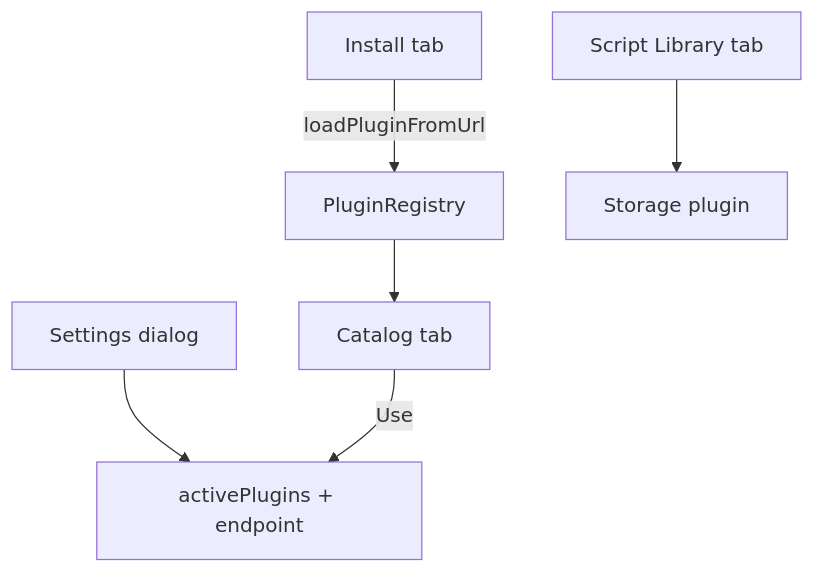
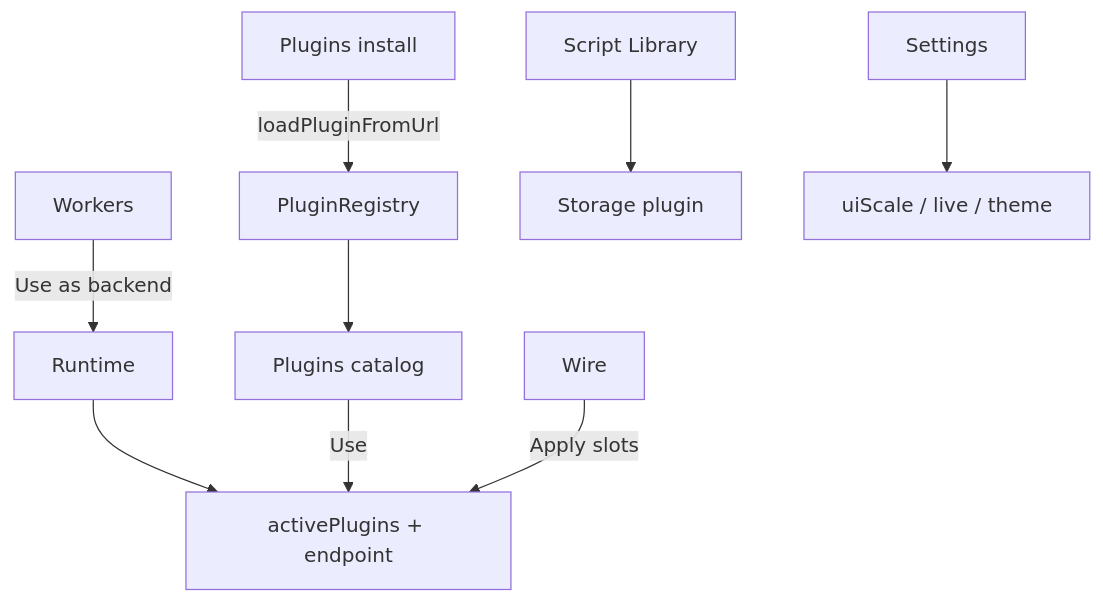
The diagram in docs/enduser/guides/manager-and-settings.mdx (hoox-sh/axis), drawn with Mermaid before and after one commit. The commit also changed other lines of this file and 36 other files, not shown here.

First line of the commit message:
feat(ui): full-page studio overlay for Runtime, Wire, and Settings

````diff
--- a/docs/enduser/guides/manager-and-settings.mdx
+++ b/docs/enduser/guides/manager-and-settings.mdx
@@ -41,13 +43,19 @@
 ```mermaid
 flowchart TB
   REG[PluginRegistry]
-  CAT[Catalog tab]
-  INS[Install tab]
-  LIB[Script Library tab]
-  SET[Settings dialog]
+  CAT[Plugins catalog]
+  INS[Plugins install]
+  LIB[Script Library]
+  RT[Runtime]
+  WRK[Workers]
+  SET[Settings]
+  WIRE[Wire]
   REG --> CAT
   INS -->|loadPluginFromUrl| REG
   LIB --> STO[Storage plugin]
-  SET --> AP[activePlugins + endpoint]
+  RT --> AP[activePlugins + endpoint]
+  WRK -->|Use as backend| RT
   CAT -->|Use| AP
+  WIRE -->|Apply slots| AP
+  SET --> CHROME[uiScale / live / theme]
 ```
````
